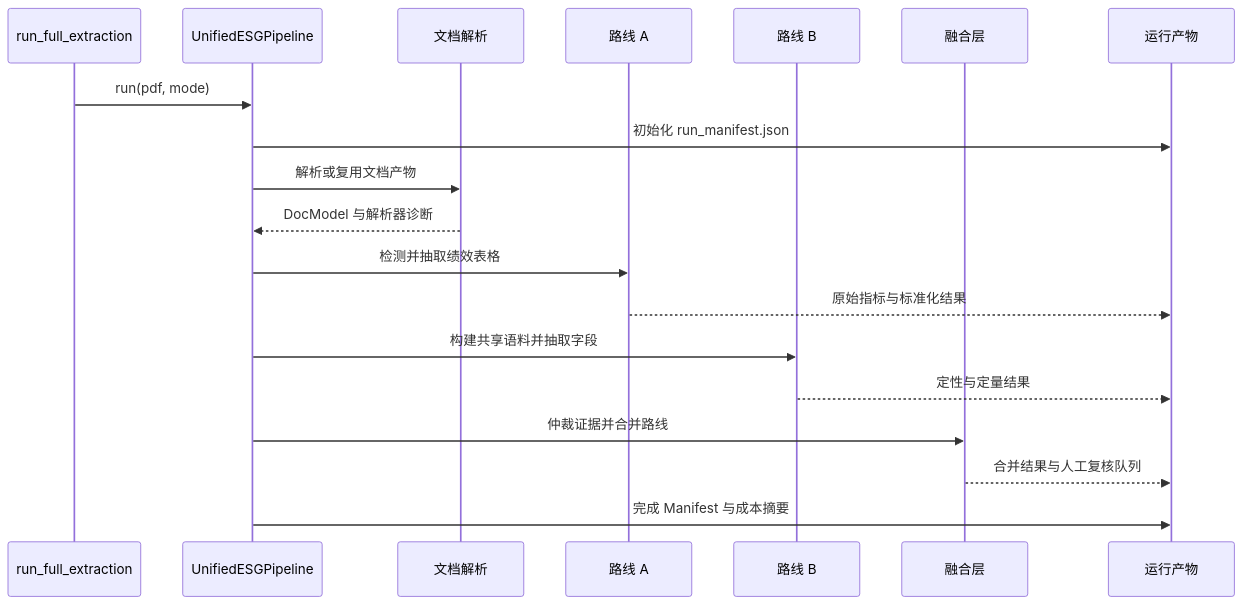
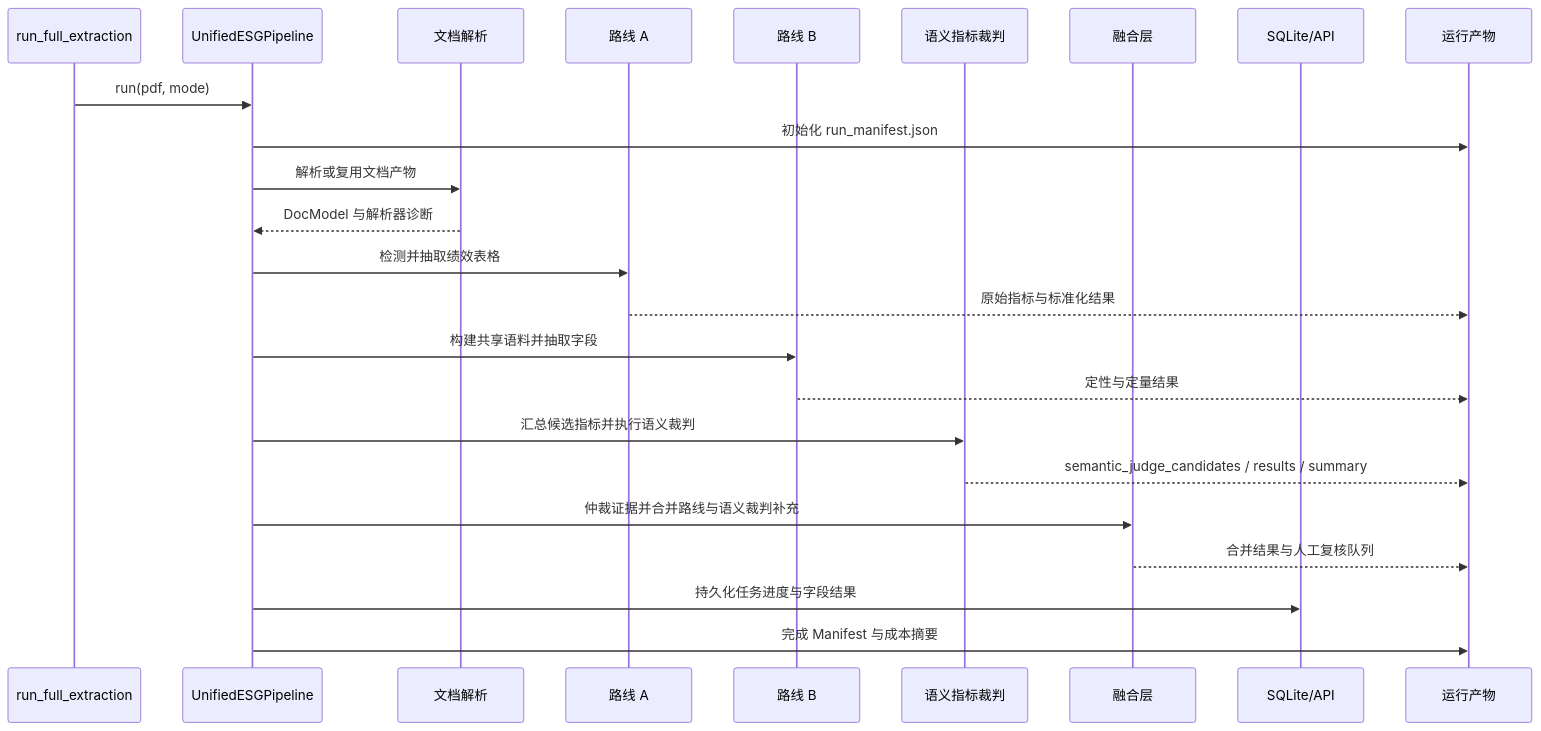
Before and after one commit to ehx0613/esg-multimodal-extraction-agent: the second of 2 diagrams in docs/architecture_current.md, drawn with Mermaid. The commit also changed other lines of this file and 20 other files, not shown here.

Commit message:
update extraction workflow and architecture

````diff
--- a/docs/architecture_current.md
+++ b/docs/architecture_current.md
@@ -46,22 +54,27 @@
 ```mermaid
 sequenceDiagram
     participant CLI as run_full_extraction
     participant U as UnifiedESGPipeline
     participant I as 文档解析
     participant A as 路线 A
     participant B as 路线 B
+    participant S as 语义指标裁判
     participant F as 融合层
+    participant D as SQLite/API
     participant O as 运行产物
 
     CLI->>U: run(pdf, mode)
     U->>O: 初始化 run_manifest.json
     U->>I: 解析或复用文档产物
     I-->>U: DocModel 与解析器诊断
     U->>A: 检测并抽取绩效表格
     A-->>O: 原始指标与标准化结果
     U->>B: 构建共享语料并抽取字段
     B-->>O: 定性与定量结果
-    U->>F: 仲裁证据并合并路线
+    U->>S: 汇总候选指标并执行语义裁判
+    S-->>O: semantic_judge_candidates / results / summary
+    U->>F: 仲裁证据并合并路线与语义裁判补充
     F-->>O: 合并结果与人工复核队列
+    U->>D: 持久化任务进度与字段结果
     U->>O: 完成 Manifest 与成本摘要
 ```
````
